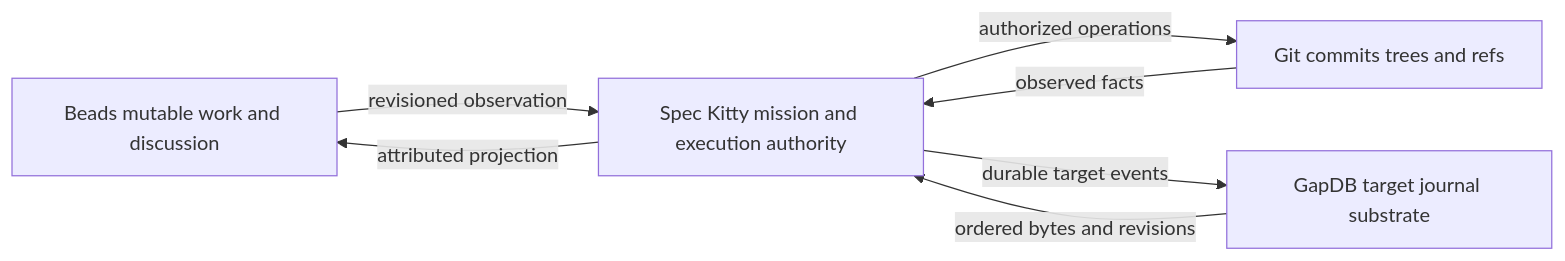
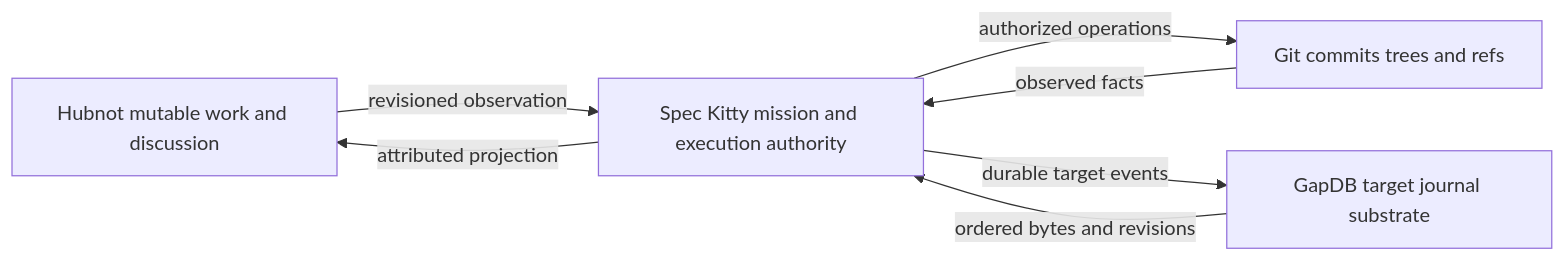
One commit to Ivan-Melck/spec-kitty-go changed the first of 3 diagrams in README.md. Above: the diagram before and after it, drawn with Mermaid. The commit also changed other lines of this file and 67 other files, not shown here.

Commit message:
Replace active Beads delivery and qualification with Hubnot

````diff
--- a/README.md
+++ b/README.md
@@ -78,14 +78,14 @@
 ```mermaid
 flowchart LR
-    Beads[Beads mutable work and discussion]
+    Hubnot[Hubnot mutable work and discussion]
     Host[Spec Kitty mission and execution authority]
     Git[Git commits trees and refs]
     GapDB[GapDB target journal substrate]
 
-    Beads -->|revisioned observation| Host
-    Host -->|attributed projection| Beads
+    Hubnot -->|revisioned observation| Host
+    Host -->|attributed projection| Hubnot
     Host -->|authorized operations| Git
     Git -->|observed facts| Host
     Host -->|durable target events| GapDB
     GapDB -->|ordered bytes and revisions| Host
 ```
````
